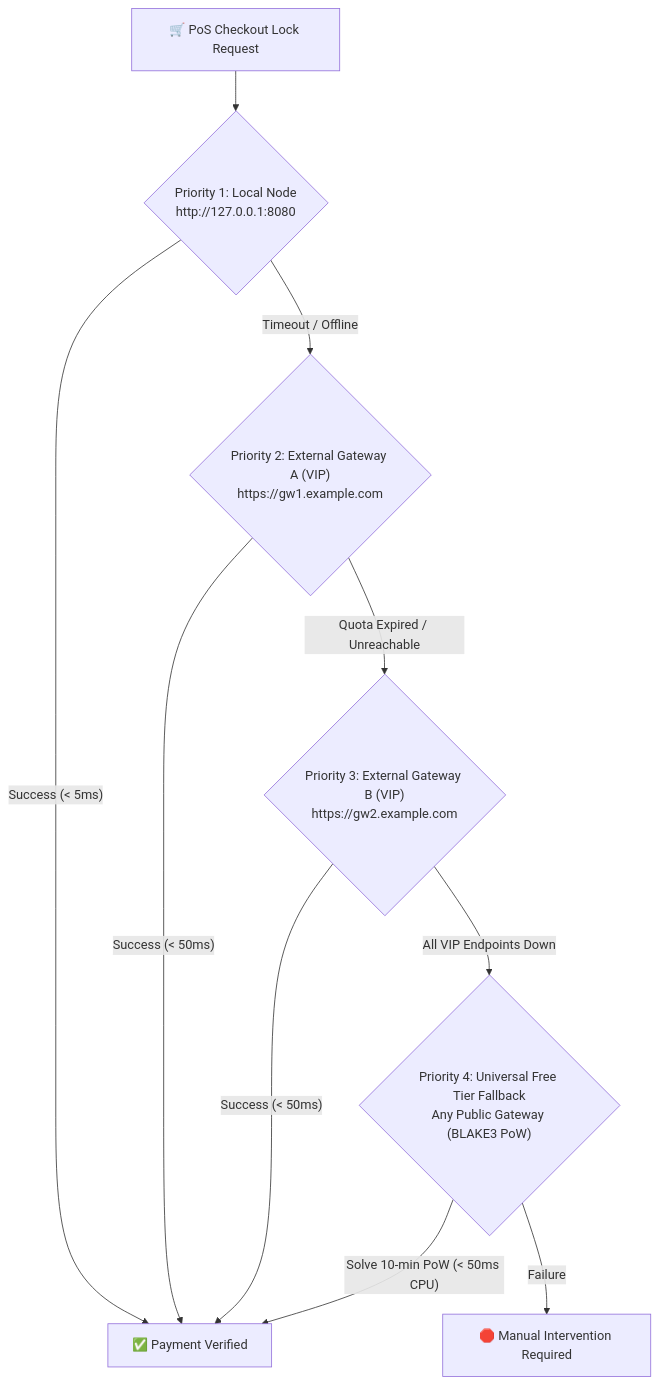
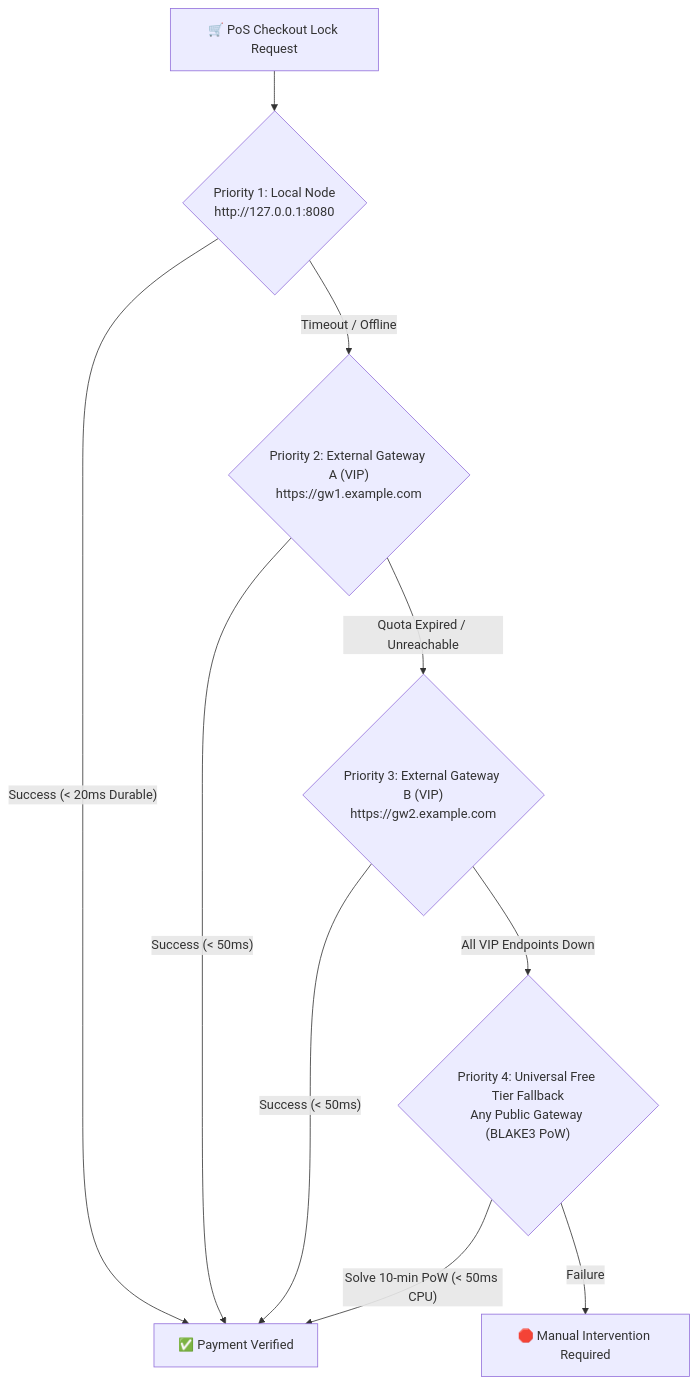
One commit to minutogit/human-money-node changed the fourth of 4 diagrams in docs/MERCHANT_GUIDE.md. Above: the diagram before and after it, drawn with Mermaid. The commit also changed other lines of this file and 38 other files, not shown here.

First line of the commit message:
feat(arch): consolidate architecture specs and enforce durable-before-vote

````diff
--- a/docs/MERCHANT_GUIDE.md
+++ b/docs/MERCHANT_GUIDE.md
@@ -125,16 +125,16 @@
 ```mermaid
 flowchart TD
     Req["🛒 PoS Checkout Lock Request"] --> P1{"Priority 1: Local Node\nhttp://127.0.0.1:8080"}
     
-    P1 -- "Success (< 5ms)" --> Done["✅ Payment Verified"]
+    P1 -- "Success (< 20ms Durable)" --> Done["✅ Payment Verified"]
     P1 -- "Timeout / Offline" --> P2{"Priority 2: External Gateway A (VIP)\nhttps://gw1.example.com"}
     
     P2 -- "Success (< 50ms)" --> Done
     P2 -- "Quota Expired / Unreachable" --> P3{"Priority 3: External Gateway B (VIP)\nhttps://gw2.example.com"}
     
     P3 -- "Success (< 50ms)" --> Done
     P3 -- "All VIP Endpoints Down" --> P4{"Priority 4: Universal Free Tier Fallback\nAny Public Gateway (BLAKE3 PoW)"}
     
     P4 -- "Solve 10-min PoW (< 50ms CPU)" --> Done
     P4 -- "Failure" --> Error["🛑 Manual Intervention Required"]
 ```
````
